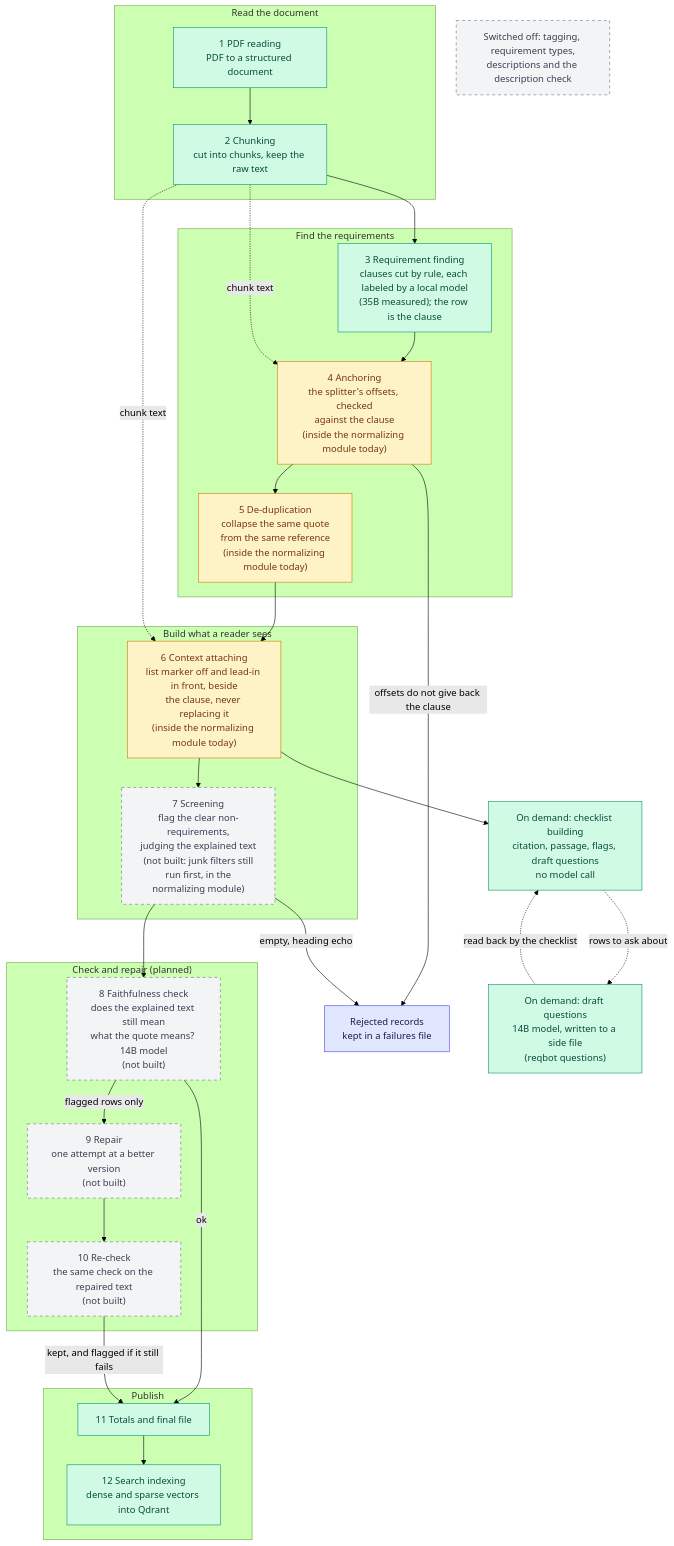
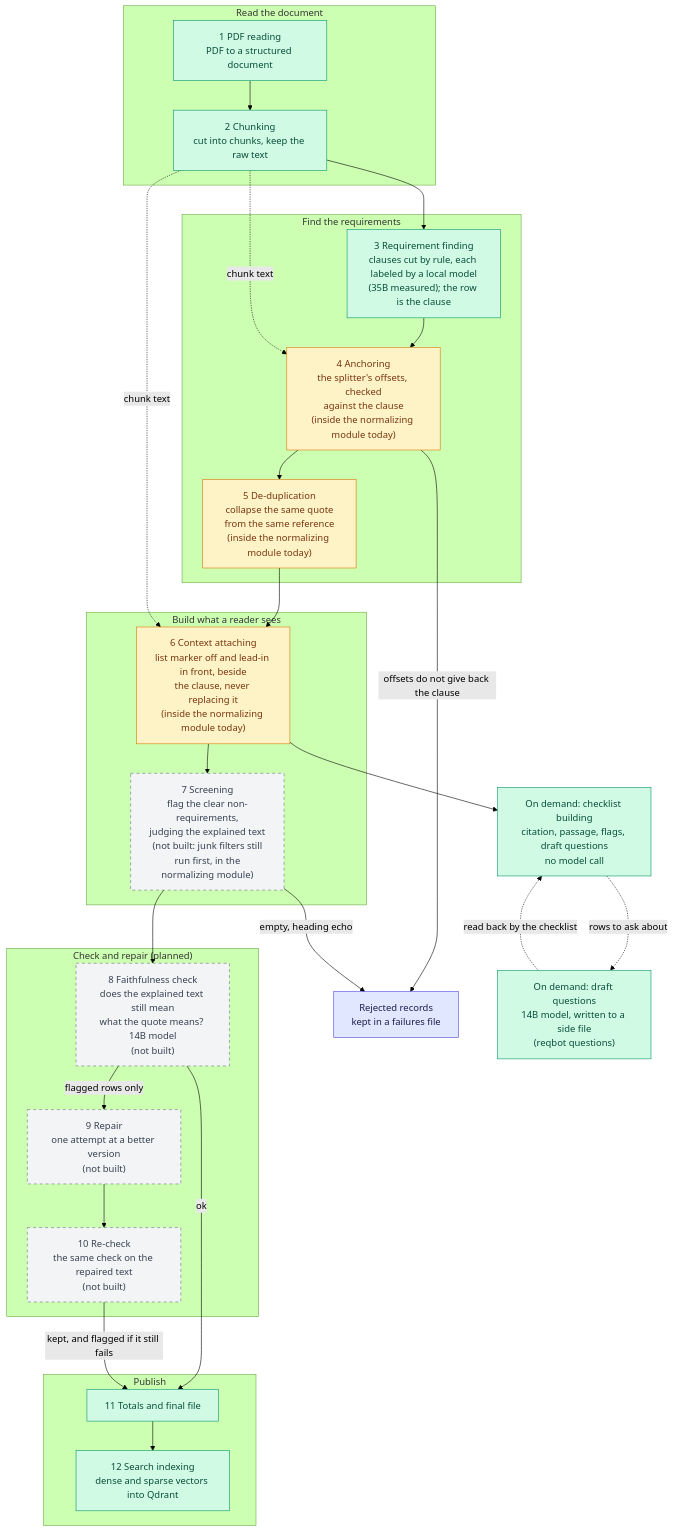
The first of 3 diagrams in docs/ARCHITECTURE.md (TylerGRClark/ReqBot), drawn with Mermaid (forest theme) before and after one commit. The commit also changed other lines of this file and 35 other files, not shown here.

````diff
--- a/docs/ARCHITECTURE.md
+++ b/docs/ARCHITECTURE.md
@@ -52,58 +50,57 @@
 ```mermaid
 flowchart TD
     subgraph READ["Read the document"]
         N1["1 PDF reading<br/>PDF to a structured document"]
         N2["2 Chunking<br/>cut into chunks, keep the raw text"]
     end
     subgraph FIND["Find the requirements"]
         N3["3 Requirement finding<br/>clauses cut by rule, each labeled by a local model<br/>(35B measured); the row is the clause"]
         N4["4 Anchoring<br/>the splitter's offsets, checked<br/>against the clause<br/>(inside the normalizing module today)"]
         N5["5 De-duplication<br/>collapse the same quote<br/>from the same reference<br/>(inside the normalizing module today)"]
     end
     subgraph BUILD["Build what a reader sees"]
         N6["6 Context attaching<br/>list marker off and lead-in in front, beside<br/>the clause, never replacing it<br/>(inside the normalizing module today)"]
         N7["7 Screening<br/>flag the clear non-requirements,<br/>judging the explained text<br/>(not built: junk filters still<br/>run first, in the<br/>normalizing module)"]
     end
     subgraph CHECK["Check and repair (planned)"]
         N8["8 Faithfulness check<br/>does the explained text still mean<br/>what the quote means? 14B model<br/>(not built)"]
         N9["9 Repair<br/>one attempt at a better version<br/>(not built)"]
         N10["10 Re-check<br/>the same check on the repaired text<br/>(not built)"]
     end
     subgraph PUBLISH["Publish"]
         N11["11 Totals and final file"]
         N12["12 Search indexing<br/>dense and sparse vectors into Qdrant"]
     end
     FAIL["Rejected records<br/>kept in a failures file"]
     CL["On demand: checklist building<br/>citation, passage, flags, draft questions<br/>no model call"]
     DQ["On demand: draft questions<br/>14B model, written to a side file<br/>(reqbot questions)"]
-    OFF["Switched off: tagging, requirement types,<br/>descriptions and the description check"]
 
     N1 --> N2
     N2 --> N3
     N3 --> N4
     N4 --> N5
     N5 --> N6
     N6 --> N7
     N7 --> N8
     N2 -.->|"chunk text"| N4
     N2 -.->|"chunk text"| N6
     N4 -->|"offsets do not give back the clause"| FAIL
     N7 -->|"empty, heading echo"| FAIL
     N8 -->|"ok"| N11
     N8 -->|"flagged rows only"| N9
     N9 --> N10
     N10 -->|"kept, and flagged if it still fails"| N11
     N11 --> N12
     N6 --> CL
     CL -.->|"rows to ask about"| DQ
     DQ -.->|"read back by the checklist"| CL
 
     classDef built fill:#d1fae5,stroke:#059669,color:#064e3b;
     classDef inside fill:#fef3c7,stroke:#d97706,color:#78350f;
     classDef planned fill:#f3f4f6,stroke:#6b7280,color:#374151,stroke-dasharray: 5 5;
     classDef side fill:#e0e7ff,stroke:#4f46e5,color:#1e1b4b;
     class N1,N2,N3,N11,N12,CL,DQ built;
     class N4,N5,N6 inside;
-    class N7,N8,N9,N10,OFF planned;
+    class N7,N8,N9,N10 planned;
     class FAIL side;
 ```
````
